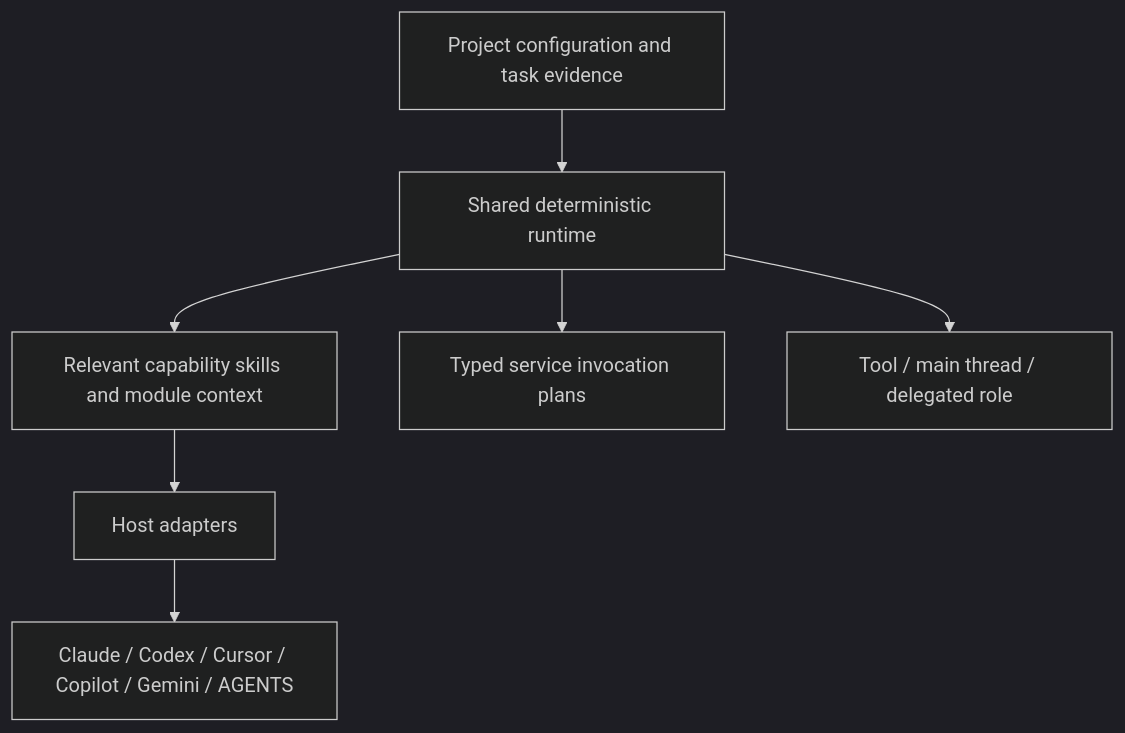
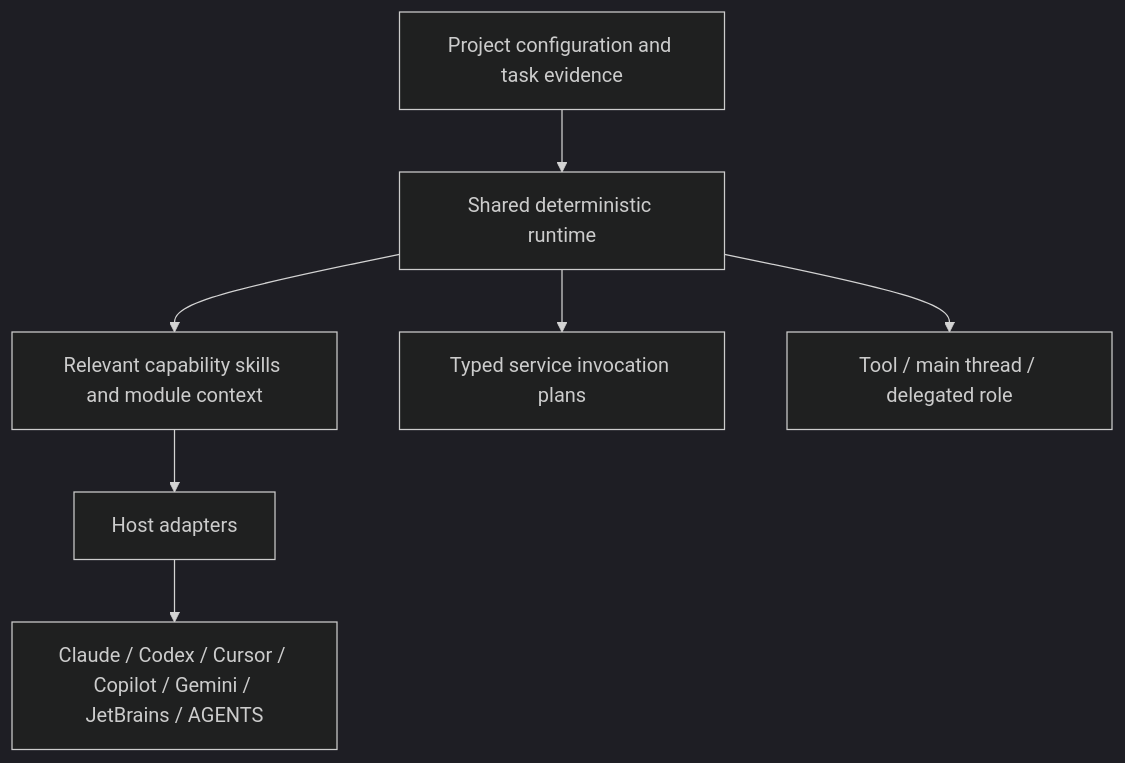
The diagram in docs/ARCHITECTURE.md (Aliaksie/engineering-pack), drawn with Mermaid (dark theme) before and after one commit. The commit also changed other lines of this file and 20 other files, not shown here.

````diff
--- a/docs/ARCHITECTURE.md
+++ b/docs/ARCHITECTURE.md
@@ -8,9 +8,9 @@
 ```mermaid
 flowchart TD
   P[Project configuration and task evidence] --> R[Shared deterministic runtime]
   R --> C[Relevant capability skills and module context]
   R --> T[Typed service invocation plans]
   R --> E[Tool / main thread / delegated role]
   C --> H[Host adapters]
-  H --> A[Claude / Codex / Cursor / Copilot / Gemini / AGENTS]
+  H --> A[Claude / Codex / Cursor / Copilot / Gemini / JetBrains / AGENTS]
 ```
````
